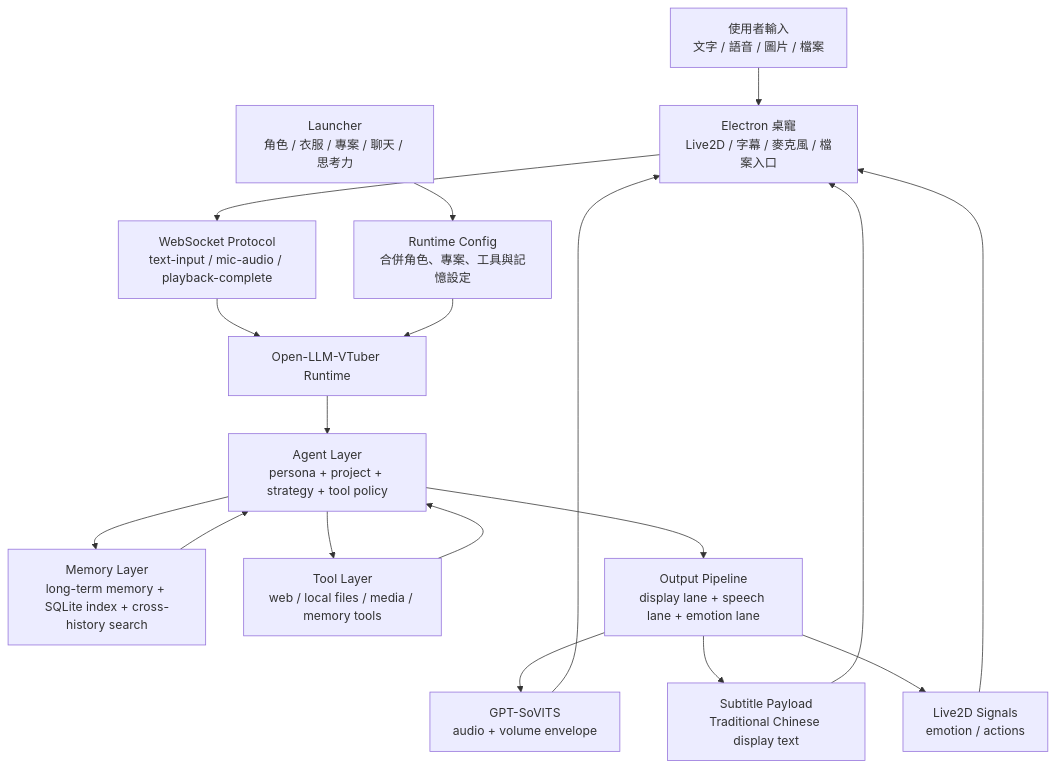
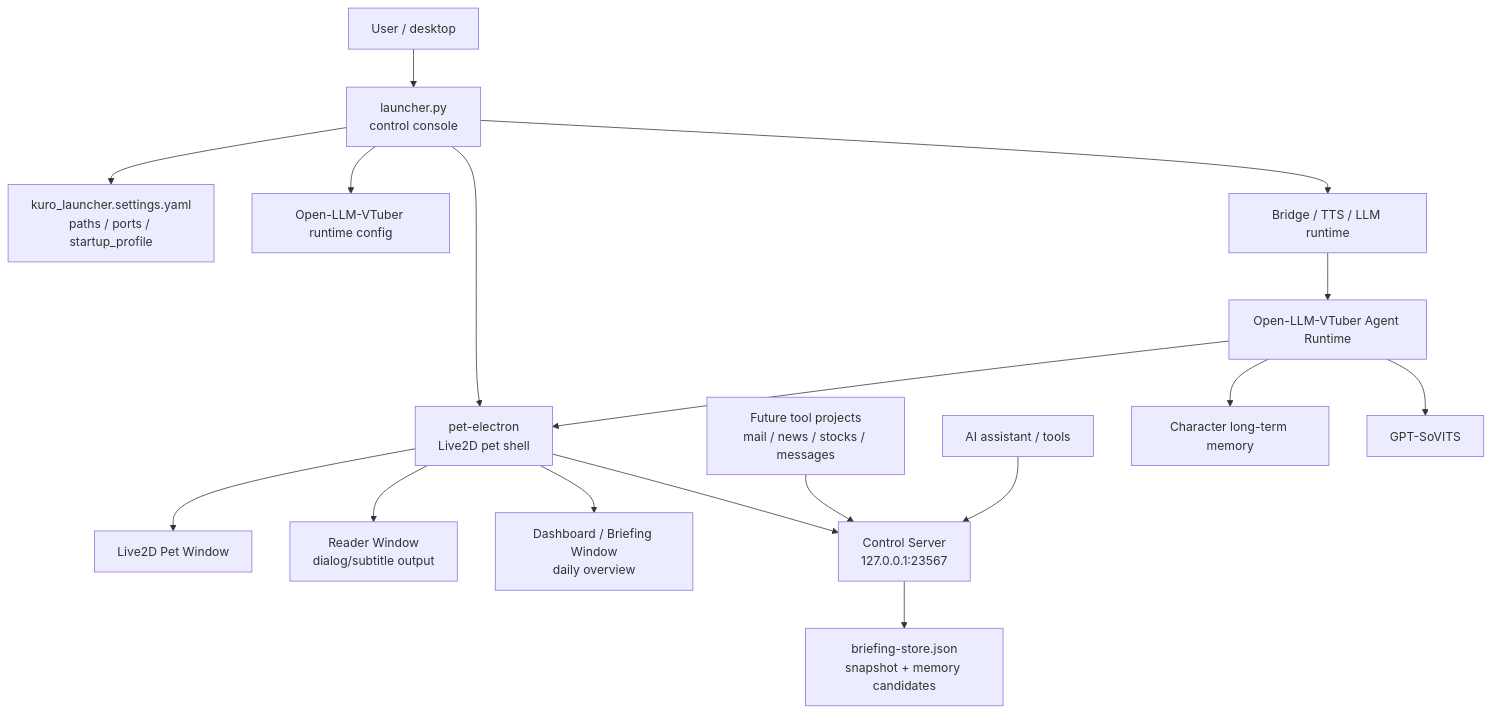
One commit to lulu930128/desktop-agent-runtime changed the diagram in README.md. Above: the diagram before and after it, drawn with Mermaid. The commit also changed other lines of this file and 12 other files, not shown here.

Commit message:
Add startup dashboard briefing layer

````diff
--- a/README.md
+++ b/README.md
@@ -20,24 +49,22 @@
 ```mermaid
 flowchart TD
-    U["使用者輸入<br/>文字 / 語音 / 圖片 / 檔案"] --> UI["Electron 桌寵<br/>Live2D / 字幕 / 麥克風 / 檔案入口"]
-    UI --> WS["WebSocket Protocol<br/>text-input / mic-audio / playback-complete"]
-    WS --> RT["Open-LLM-VTuber Runtime"]
+    User["User / desktop"] --> Launcher["launcher.py<br/>control console"]
+    Launcher --> Config["kuro_launcher.settings.yaml<br/>paths / ports / startup_profile"]
+    Launcher --> RuntimeConf["Open-LLM-VTuber runtime config"]
+    Launcher --> PetShell["pet-electron<br/>Live2D pet shell"]
+    Launcher --> Services["Bridge / TTS / LLM runtime"]
 
-    L["Launcher<br/>角色 / 衣服 / 專案 / 聊天 / 思考力"] --> CFG["Runtime Config<br/>合併角色、專案、工具與記憶設定"]
-    CFG --> RT
+    PetShell --> MainWindow["Live2D Pet Window"]
+    PetShell --> Reader["Reader Window<br/>dialog/subtitle output"]
+    PetShell --> Briefing["Dashboard / Briefing Window<br/>daily overview"]
+    PetShell --> Control["Control Server<br/>127.0.0.1:23567"]
 
-    RT --> AG["Agent Layer<br/>persona + project + strategy + tool policy"]
-    AG --> MEM["Memory Layer<br/>long-term memory + SQLite index + cross-history search"]
-    AG --> TOOL["Tool Layer<br/>web / local files / media / memory tools"]
-    AG --> OUT["Output Pipeline<br/>display lane + speech lane + emotion lane"]
+    Control --> BriefingStore["briefing-store.json<br/>snapshot + memory candidates"]
+    Tools["Future tool projects<br/>mail / news / stocks / messages"] --> Control
+    Agent["AI assistant / tools"] --> Control
 
-    MEM --> AG
-    TOOL --> AG
-    OUT --> TTS["GPT-SoVITS<br/>audio + volume envelope"]
-    OUT --> SUB["Subtitle Payload<br/>Traditional Chinese display text"]
-    OUT --> EMO["Live2D Signals<br/>emotion / actions"]
-
-    TTS --> UI
-    SUB --> UI
-    EMO --> UI
+    Services --> AgentRuntime["Open-LLM-VTuber Agent Runtime"]
+    AgentRuntime --> Memory["Character long-term memory"]
+    AgentRuntime --> TTS["GPT-SoVITS"]
+    AgentRuntime --> PetShell
 ```
````
